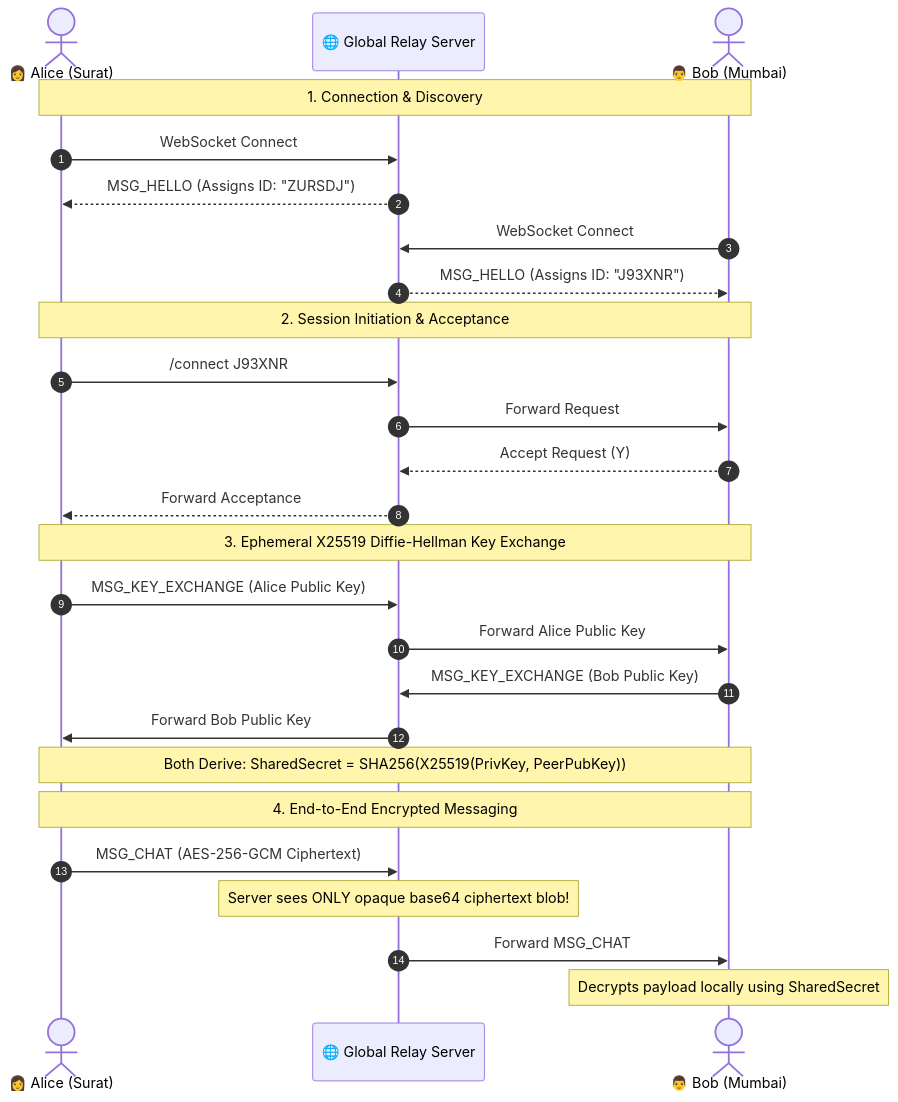
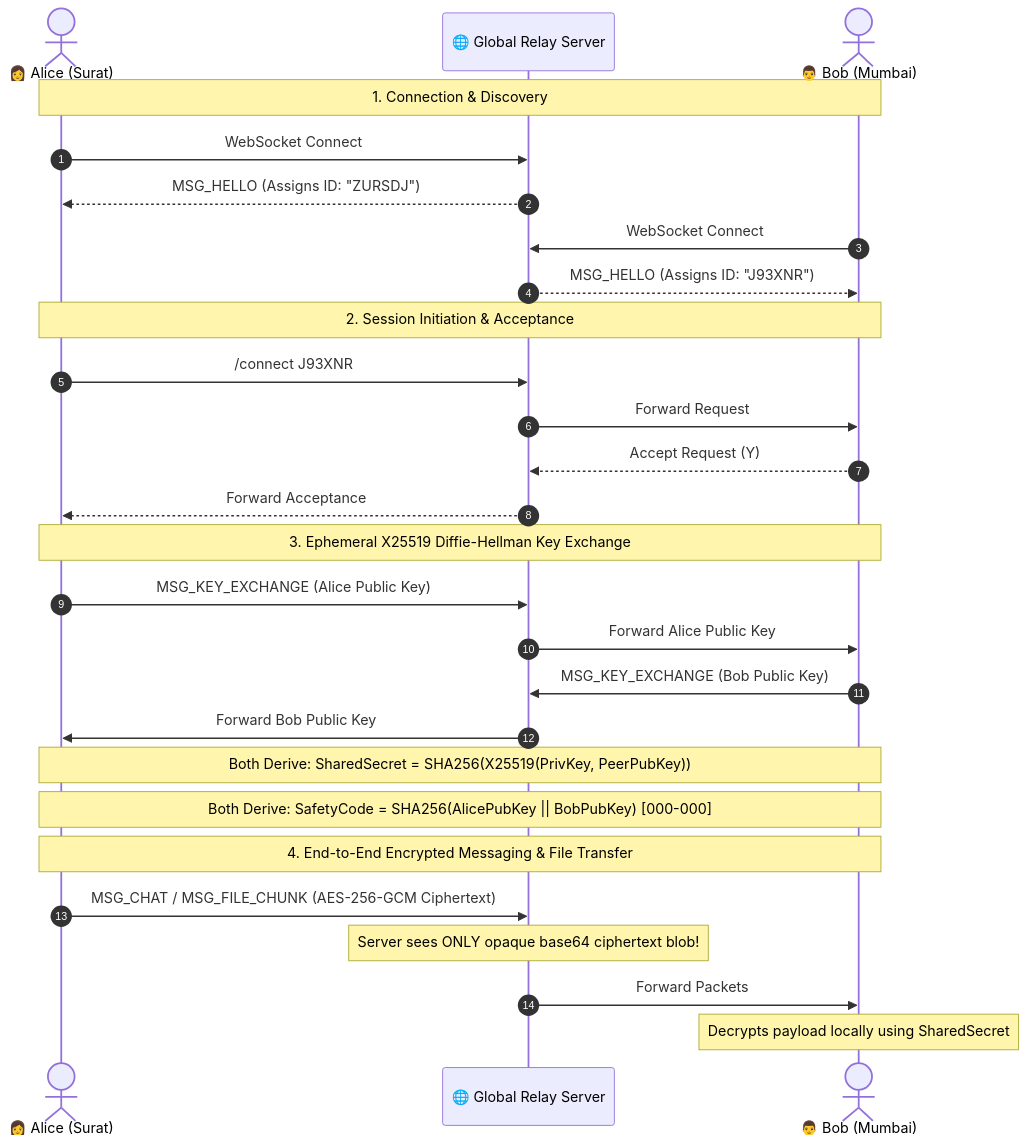
The diagram in README.md (viveksec/termchat), drawn with Mermaid before and after one commit. The commit also changed other lines of this file, not shown here.

````diff
--- a/README.md
+++ b/README.md
@@ -68,33 +78,34 @@
 ```mermaid
 sequenceDiagram
     autonumber
     actor Alice as 👩 Alice (Surat)
     participant Relay as 🌐 Global Relay Server
     actor Bob as 👨 Bob (Mumbai)
 
     Note over Alice,Bob: 1. Connection & Discovery
     Alice->>Relay: WebSocket Connect
     Relay-->>Alice: MSG_HELLO (Assigns ID: "ZURSDJ")
     Bob->>Relay: WebSocket Connect
     Relay-->>Bob: MSG_HELLO (Assigns ID: "J93XNR")
 
     Note over Alice,Bob: 2. Session Initiation & Acceptance
     Alice->>Relay: /connect J93XNR
     Relay->>Bob: Forward Request
     Bob-->>Relay: Accept Request (Y)
     Relay-->>Alice: Forward Acceptance
 
     Note over Alice,Bob: 3. Ephemeral X25519 Diffie-Hellman Key Exchange
     Alice->>Relay: MSG_KEY_EXCHANGE (Alice Public Key)
     Relay->>Bob: Forward Alice Public Key
     Bob->>Relay: MSG_KEY_EXCHANGE (Bob Public Key)
     Relay->>Alice: Forward Bob Public Key
 
     Note over Alice,Bob: Both Derive: SharedSecret = SHA256(X25519(PrivKey, PeerPubKey))
+    Note over Alice,Bob: Both Derive: SafetyCode = SHA256(AlicePubKey || BobPubKey) [000-000]
 
-    Note over Alice,Bob: 4. End-to-End Encrypted Messaging
-    Alice->>Relay: MSG_CHAT (AES-256-GCM Ciphertext)
+    Note over Alice,Bob: 4. End-to-End Encrypted Messaging & File Transfer
+    Alice->>Relay: MSG_CHAT / MSG_FILE_CHUNK (AES-256-GCM Ciphertext)
     Note over Relay: Server sees ONLY opaque base64 ciphertext blob!
-    Relay->>Bob: Forward MSG_CHAT
+    Relay->>Bob: Forward Packets
     Note over Bob: Decrypts payload locally using SharedSecret
 ```
````
